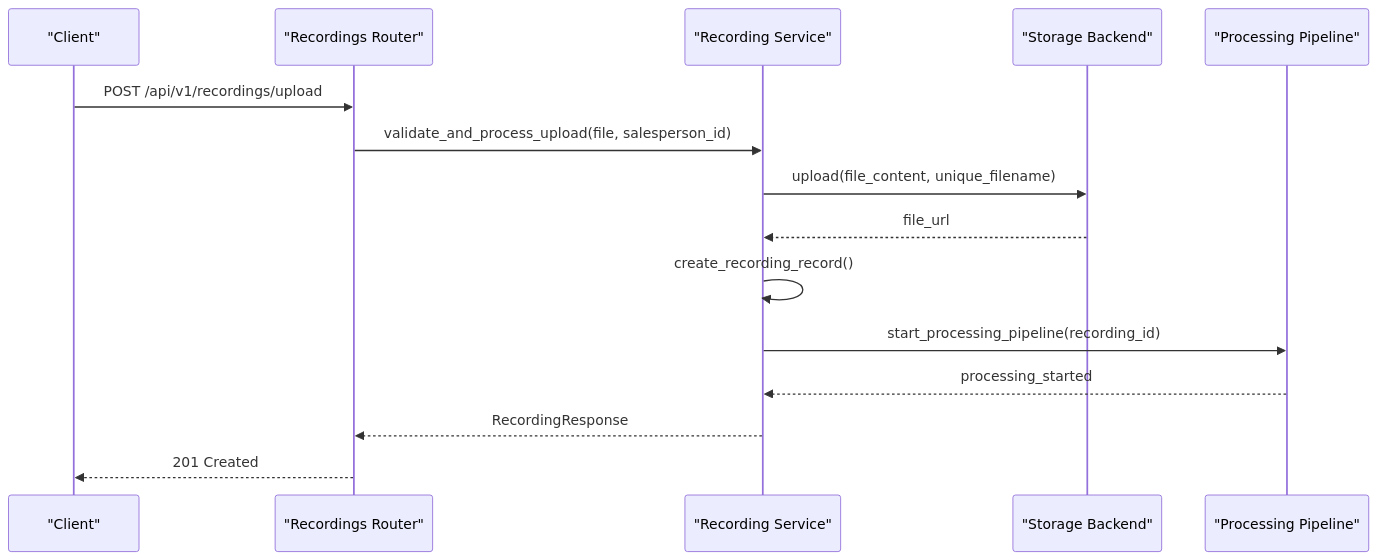
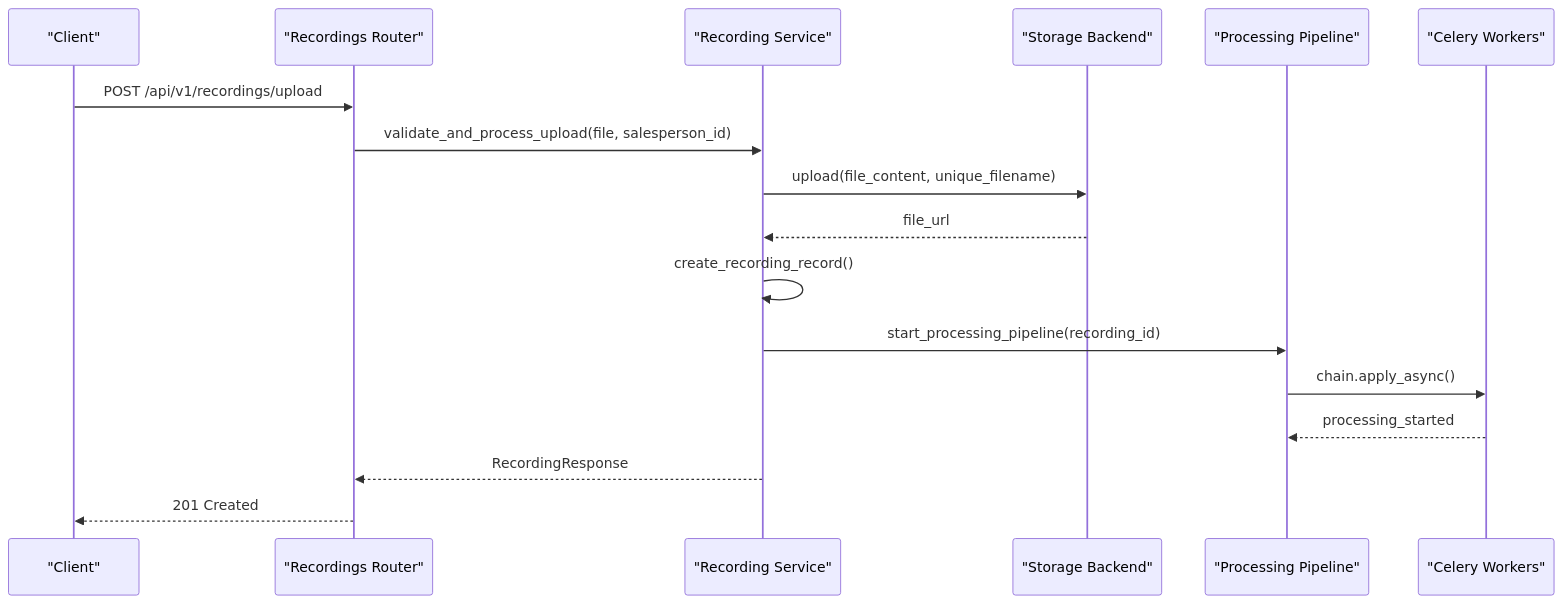
One commit to userisaziz/cxsamaa.store changed the sixth of 9 diagrams in .qoder/repowiki/en/content/Backend API Documentation/Backend API Documentation.md. Above: the diagram before and after it, drawn with Mermaid. The commit also changed other lines of this file and 113 other files, not shown here.

First line of the commit message:
feat(api): add analytics and celery pipeline for recording processing

````diff
--- a/.qoder/repowiki/en/content/Backend API Documentation/Backend API Documentation.md
+++ b/.qoder/repowiki/en/content/Backend API Documentation/Backend API Documentation.md
@@ -445,17 +516,19 @@
 ```mermaid
 sequenceDiagram
 participant Client as "Client"
 participant Recordings as "Recordings Router"
 participant Service as "Recording Service"
 participant Storage as "Storage Backend"
 participant Pipeline as "Processing Pipeline"
+participant Celery as "Celery Workers"
 Client->>Recordings : POST /api/v1/recordings/upload
 Recordings->>Service : validate_and_process_upload(file, salesperson_id)
 Service->>Storage : upload(file_content, unique_filename)
 Storage-->>Service : file_url
 Service->>Service : create_recording_record()
 Service->>Pipeline : start_processing_pipeline(recording_id)
-Pipeline-->>Service : processing_started
+Pipeline->>Celery : chain.apply_async()
+Celery-->>Pipeline : processing_started
 Service-->>Recordings : RecordingResponse
 Recordings-->>Client : 201 Created
 ```
````
